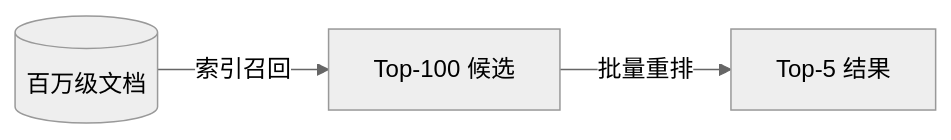
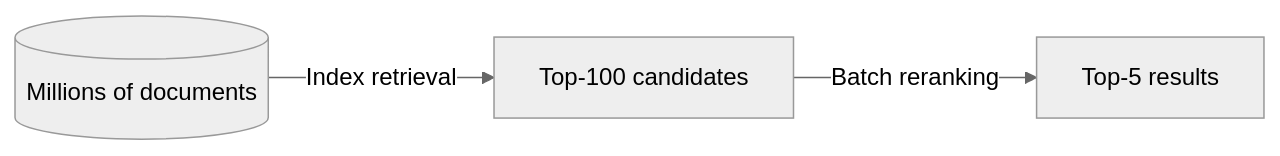
The fourth of 4 diagrams in docs/rag/01-foundations/01-what-is-rag.md (oneleaveknowsthefall/awesome-ai-roadmap), drawn with Mermaid (neutral theme) before and after one commit. The commit also changed other lines of this file and 60 other files, not shown here.

````diff
--- a/docs/rag/01-foundations/01-what-is-rag.md
+++ b/docs/rag/01-foundations/01-what-is-rag.md
@@ -136,5 +136,5 @@
 ```mermaid
 flowchart LR
-    ALL[(百万级文档)] -->|索引召回| C[Top-100 候选]
-    C -->|批量重排| F[Top-5 结果]
+    ALL[(Millions of documents)] -->|Index retrieval| C[Top-100 candidates]
+    C -->|Batch reranking| F[Top-5 results]
 ```
````
